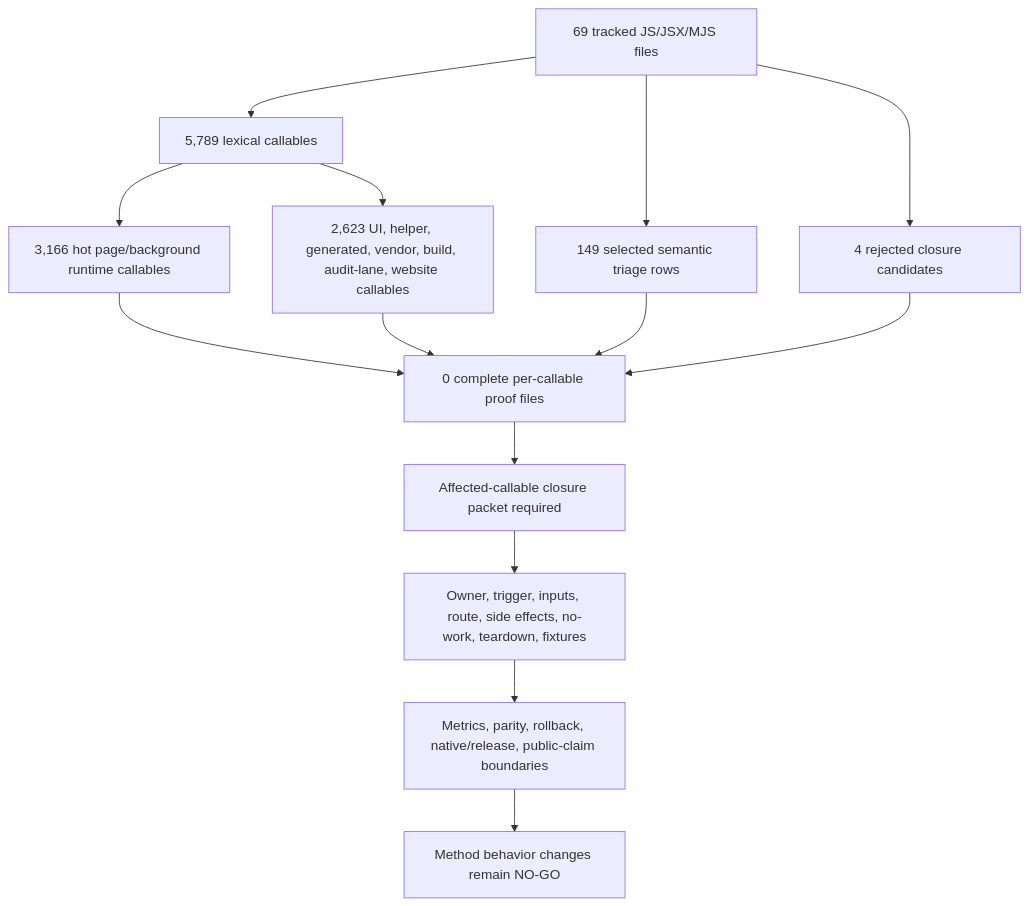
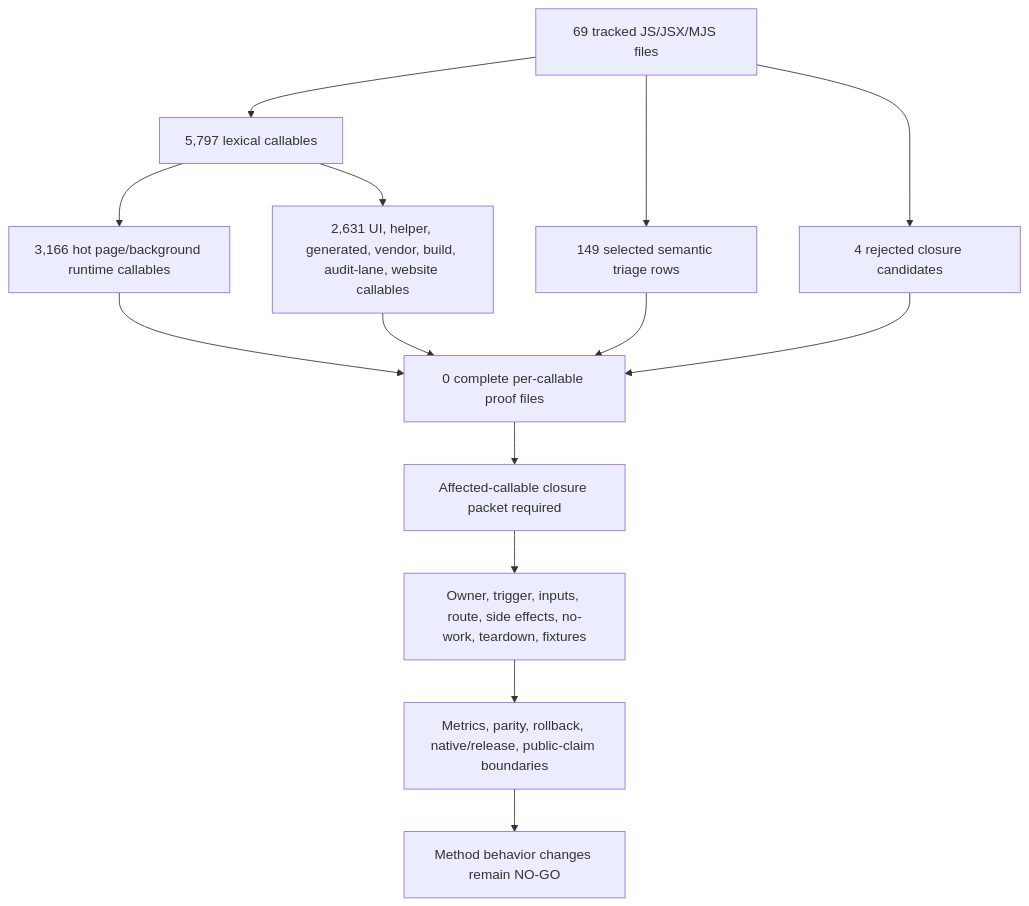
The first of 2 diagrams in docs/audit/FILTERTUBE_METHOD_SEMANTIC_PROOF_GAP_INDEX_CURRENT_BEHAVIOR_2026-05-25.md (varshneydevansh/FilterTube), drawn with Mermaid before and after one commit. The commit also changed other lines of this file and 616 other files, not shown here.

````diff
--- a/docs/audit/FILTERTUBE_METHOD_SEMANTIC_PROOF_GAP_INDEX_CURRENT_BEHAVIOR_2026-05-25.md
+++ b/docs/audit/FILTERTUBE_METHOD_SEMANTIC_PROOF_GAP_INDEX_CURRENT_BEHAVIOR_2026-05-25.md
@@ -130,16 +130,16 @@
 ```mermaid
 flowchart TD
-  A["69 tracked JS/JSX/MJS files"] --> B["5,789 lexical callables"]
+  A["69 tracked JS/JSX/MJS files"] --> B["5,797 lexical callables"]
   B --> C["3,166 hot page/background runtime callables"]
-  B --> D["2,623 UI, helper, generated, vendor, build, audit-lane, website callables"]
+  B --> D["2,631 UI, helper, generated, vendor, build, audit-lane, website callables"]
   A --> E["149 selected semantic triage rows"]
   A --> F["4 rejected closure candidates"]
   C --> G["0 complete per-callable proof files"]
   D --> G
   E --> G
   F --> G
   G --> H["Affected-callable closure packet required"]
   H --> I["Owner, trigger, inputs, route, side effects, no-work, teardown, fixtures"]
   I --> J["Metrics, parity, rollback, native/release, public-claim boundaries"]
   J --> K["Method behavior changes remain NO-GO"]
 ```
````
